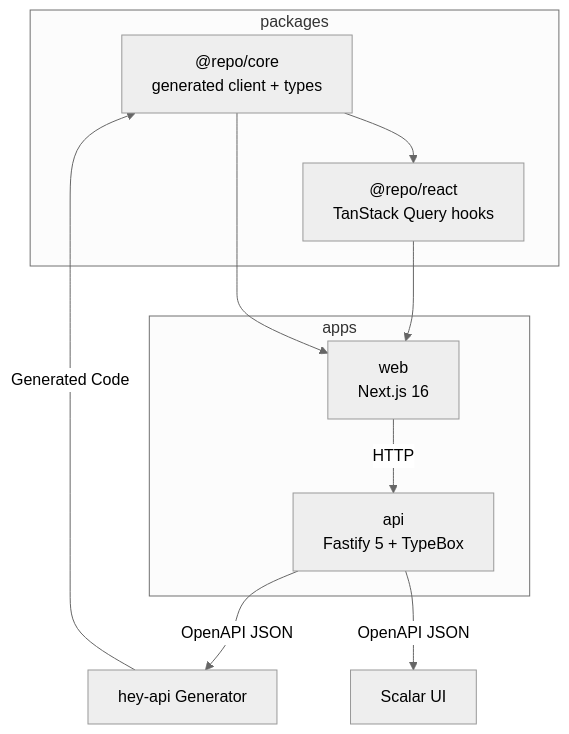
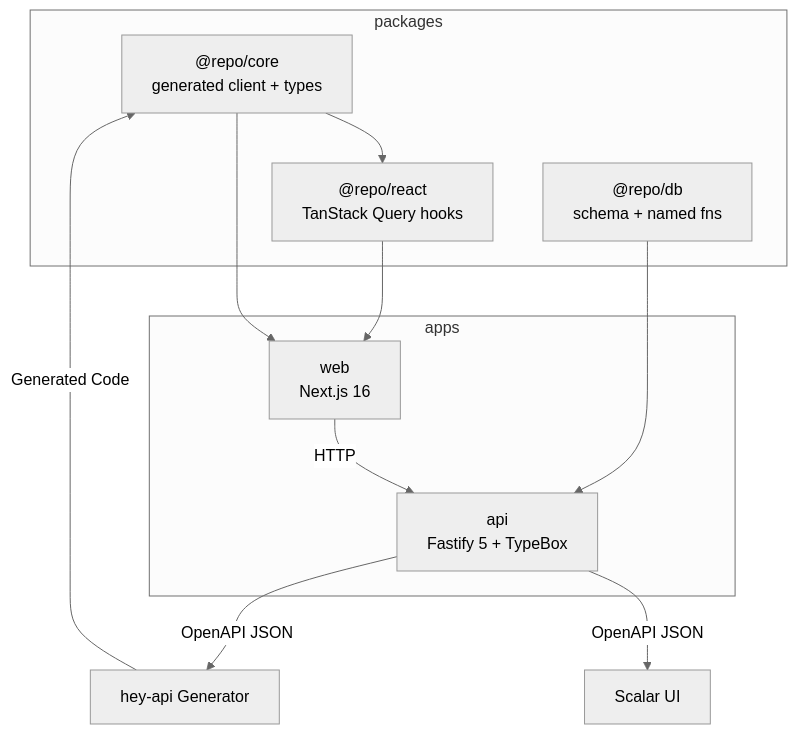
Before and after one commit to blockmatic/basilic: the diagram in apps/docu/content/docs/development/package-conventions.mdx, drawn with Mermaid (neutral theme). The commit also changed other lines of this file and 203 other files, not shown here.

````diff
--- a/apps/docu/content/docs/development/package-conventions.mdx
+++ b/apps/docu/content/docs/development/package-conventions.mdx
@@ -38,22 +40,24 @@
 ```mermaid
 flowchart TB
   subgraph P[packages]
     K["@repo/core<br/>generated client + types"]
     R["@repo/react<br/>TanStack Query hooks"]
+    D["@repo/db<br/>schema + named fns"]
   end
 
   subgraph A[apps]
     API["api<br/>Fastify 5 + TypeBox"]
     WEB["web<br/>Next.js 16"]
   end
 
   K --> R
+  D --> API
 
   API -->|OpenAPI JSON| GEN[hey-api Generator]
   GEN -->|Generated Code| K
   API -->|OpenAPI JSON| DOCS[Scalar UI]
 
   R --> WEB
   K --> WEB
   WEB -->|HTTP| API
 ```
````
